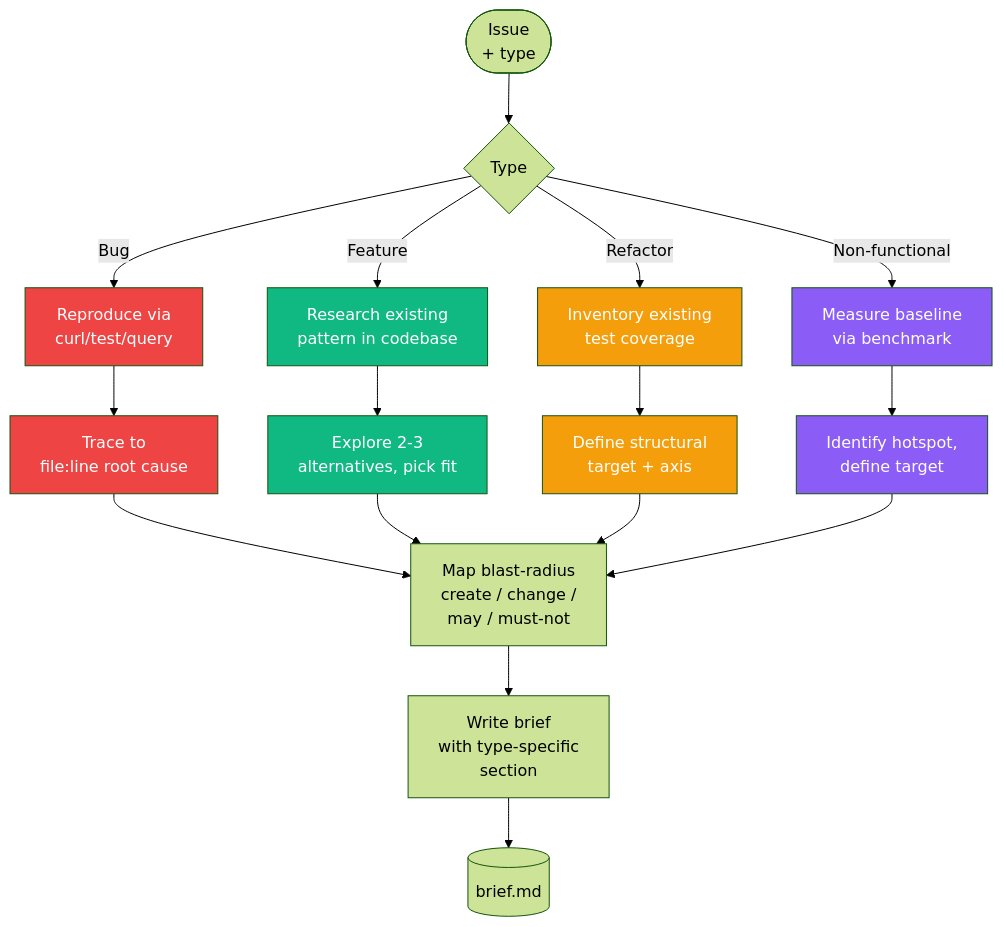
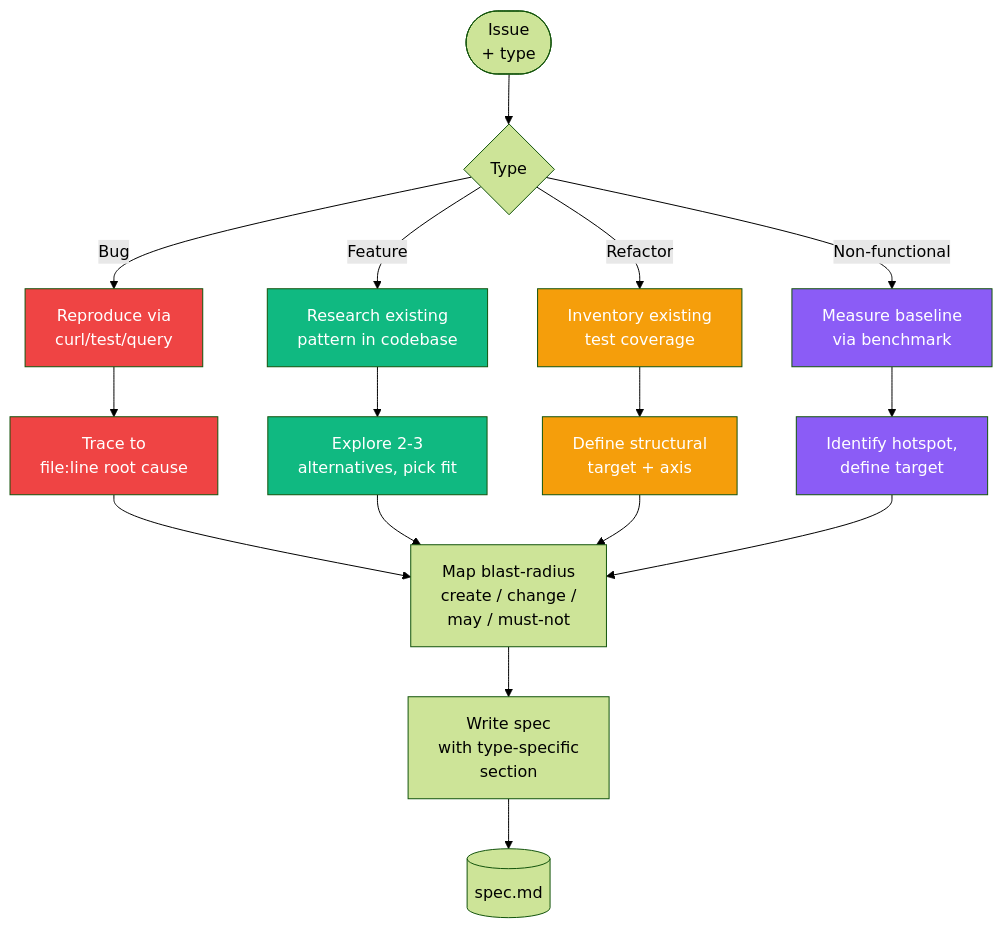
Before and after one commit to Calibrax-ai/autoship: the third of 5 diagrams in docs/architecture/deliver-architecture.md, drawn with Mermaid (forest theme). The commit also changed other lines of this file and 18 other files, not shown here.

````diff
--- a/docs/architecture/deliver-architecture.md
+++ b/docs/architecture/deliver-architecture.md
@@ -141,33 +141,33 @@
 ```mermaid
 flowchart TB
     I([Issue<br/>+ type]) --> Classify{Type}
 
     Classify -->|Bug| B1[Reproduce via<br/>curl/test/query]
     B1 --> B2[Trace to<br/>file:line root cause]
 
     Classify -->|Feature| F1[Research existing<br/>pattern in codebase]
     F1 --> F2[Explore 2-3<br/>alternatives, pick fit]
 
     Classify -->|Refactor| R1[Inventory existing<br/>test coverage]
     R1 --> R2[Define structural<br/>target + axis]
 
     Classify -->|Non-functional| N1[Measure baseline<br/>via benchmark]
     N1 --> N2[Identify hotspot,<br/>define target]
 
     B2 --> Map[Map blast-radius<br/>create / change /<br/>may / must-not]
     F2 --> Map
     R2 --> Map
     N2 --> Map
 
-    Map --> Write[Write brief<br/>with type-specific<br/>section]
-    Write --> BriefOut[(brief.md)]
+    Map --> Write[Write spec<br/>with type-specific<br/>section]
+    Write --> SpecOut[(spec.md)]
 
     style B1 fill:#ef4444,color:#fff
     style B2 fill:#ef4444,color:#fff
     style F1 fill:#10b981,color:#fff
     style F2 fill:#10b981,color:#fff
     style R1 fill:#f59e0b,color:#fff
     style R2 fill:#f59e0b,color:#fff
     style N1 fill:#8b5cf6,color:#fff
     style N2 fill:#8b5cf6,color:#fff
 ```
````
